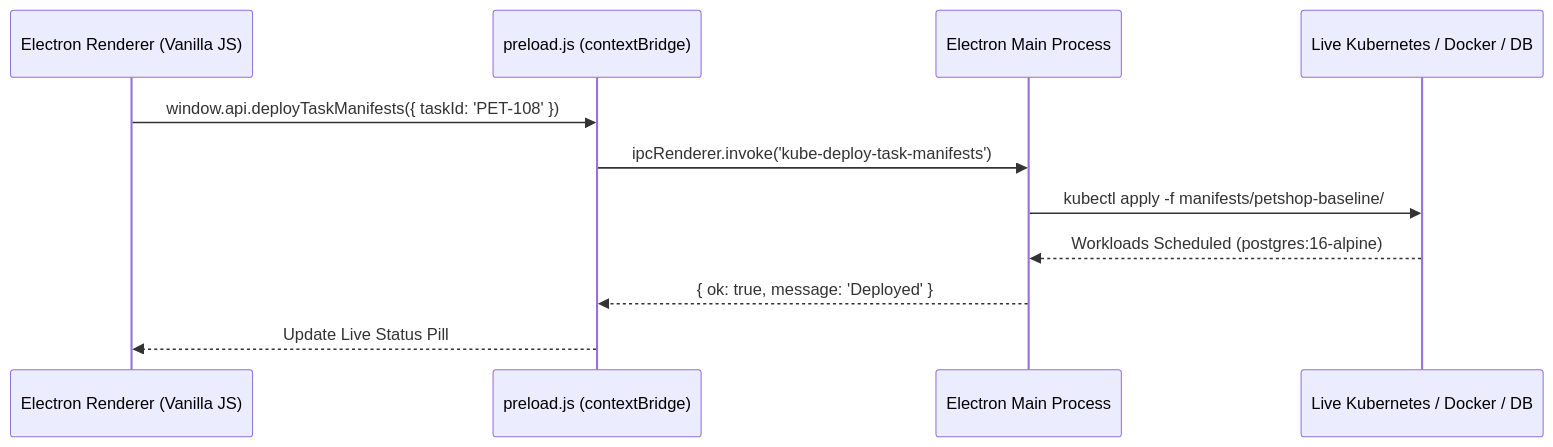
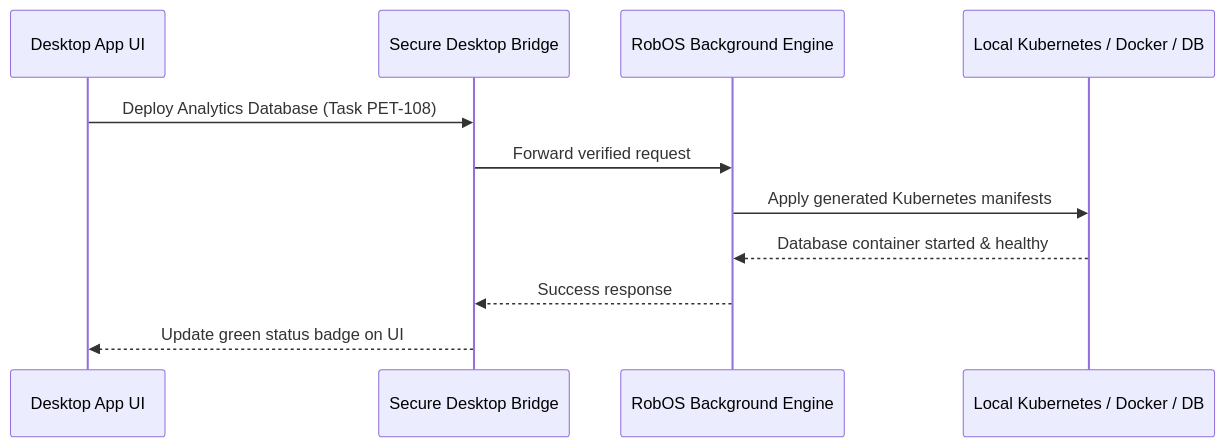
Before and after one commit to nddipiazza/robos: the second of 2 diagrams in docs/architecture.md, drawn with Mermaid. The commit also changed other lines of this file and 5 other files, not shown here.

````diff
--- a/docs/architecture.md
+++ b/docs/architecture.md
@@ -75,14 +75,14 @@
 ```mermaid
 sequenceDiagram
-    participant UI as Electron Renderer (Vanilla JS)
-    participant Preload as preload.js (contextBridge)
-    participant Main as Electron Main Process
-    participant K8s as Live Kubernetes / Docker / DB
+    participant UI as Desktop App UI
+    participant Bridge as Secure Desktop Bridge
+    participant Backend as RobOS Background Engine
+    participant Cloud as Local Kubernetes / Docker / DB
 
-    UI->>Preload: window.api.deployTaskManifests({ taskId: 'PET-108' })
-    Preload->>Main: ipcRenderer.invoke('kube-deploy-task-manifests')
-    Main->>K8s: kubectl apply -f manifests/petshop-baseline/
-    K8s-->>Main: Workloads Scheduled (postgres:16-alpine)
-    Main-->>Preload: { ok: true, message: 'Deployed' }
-    Preload-->>UI: Update Live Status Pill
+    UI->>Bridge: Deploy Analytics Database (Task PET-108)
+    Bridge->>Backend: Forward verified request
+    Backend->>Cloud: Apply generated Kubernetes manifests
+    Cloud-->>Backend: Database container started & healthy
+    Backend-->>Bridge: Success response
+    Bridge-->>UI: Update green status badge on UI
 ```
````
